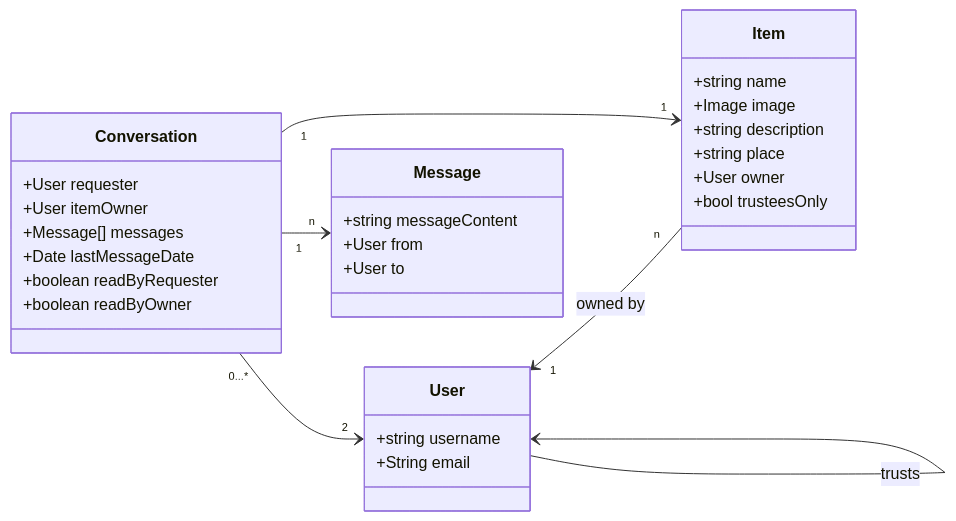
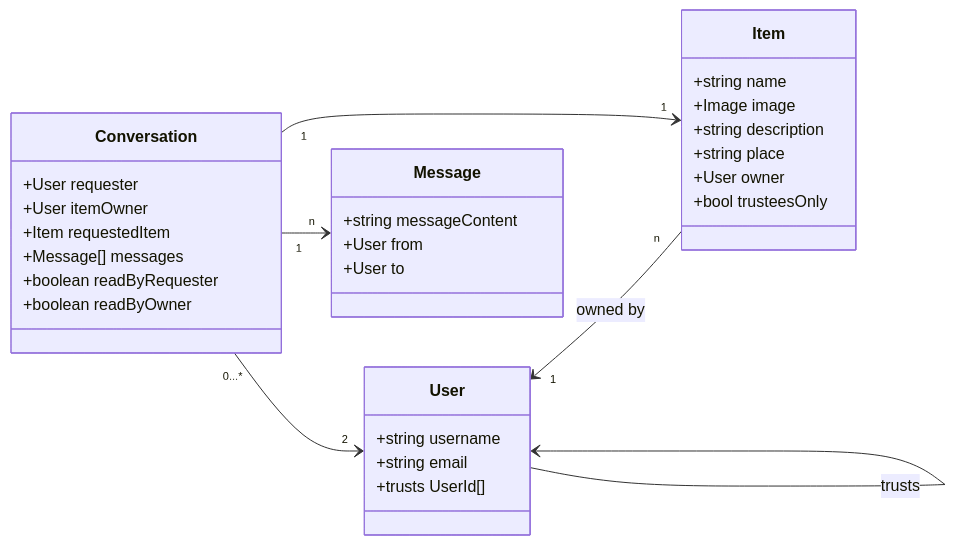
One commit to share-open-sharing-infrastructure/share-mvp changed the diagram in docs/domain-model.md. Above: the diagram before and after it, drawn with Mermaid. The commit also changed 2 other files, not shown here.

Commit message:
feat: update data and domain models

````diff
--- a/docs/domain-model.md
+++ b/docs/domain-model.md
@@ -8,39 +8,40 @@
 ```mermaid
 
 classDiagram
     direction LR
 
     class User{
         +string username
-        +String email
+        +string email
+        +trusts UserId[]
     }
     User --> User : trusts
 
     class Item{
         +string name
         +Image image
         +string description
         +string place
         +User owner <!-- this is currently misnamed, have to adapt in DB and then in code -->
         +bool trusteesOnly
     }
     User "1" <-- "n" Item : owned by
 
     class Message{
         +string messageContent
         +User from
         +User to
     }
 
     class Conversation{
         +User requester
         +User itemOwner
+        +Item requestedItem
         +Message[] messages
-        +Date lastMessageDate
         +boolean readByRequester
         +boolean readByOwner
     }
     Conversation "1" --> "n" Message
     Conversation "0...*" --> "2" User
     Conversation "1" --> "1" Item
 ```
````
